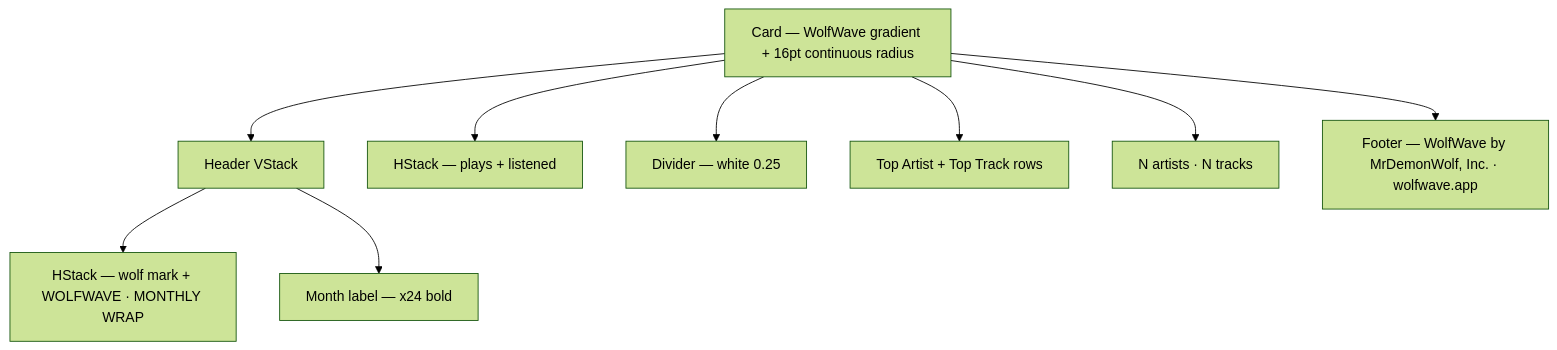
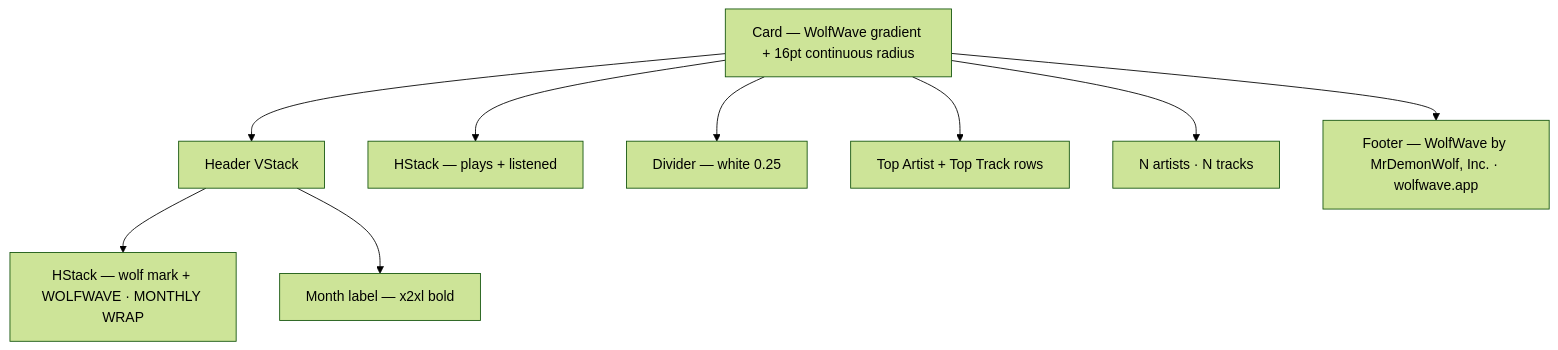
One commit to MrDemonWolf/WolfWave changed the diagram in design-system/components/monthly-wrap-card.md. Above: the diagram before and after it, drawn with Mermaid (forest theme). The commit also changed other lines of this file and 41 other files, not shown here.

````diff
--- a/design-system/components/monthly-wrap-card.md
+++ b/design-system/components/monthly-wrap-card.md
@@ -29,11 +29,11 @@
 ```mermaid
 graph TD
   Card[Card — WolfWave gradient + 16pt continuous radius] --> Header
   Header[Header VStack] --> Lockup[HStack — wolf mark + WOLFWAVE · MONTHLY WRAP]
-  Header --> Month[Month label — x24 bold]
+  Header --> Month[Month label — x2xl bold]
   Card --> Stats[HStack — plays + listened]
   Card --> Rule[Divider — white 0.25]
   Card --> Rows[Top Artist + Top Track rows]
   Card --> Diversity[N artists · N tracks]
   Card --> Footer[Footer — WolfWave by MrDemonWolf, Inc. · wolfwave.app]
 ```
````
